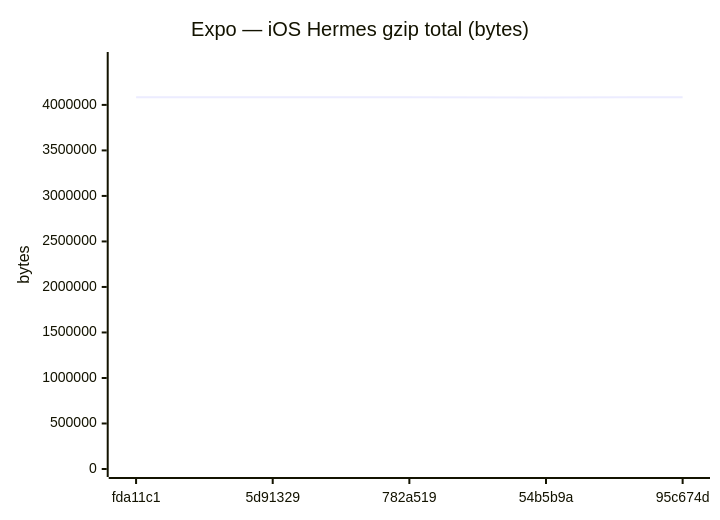
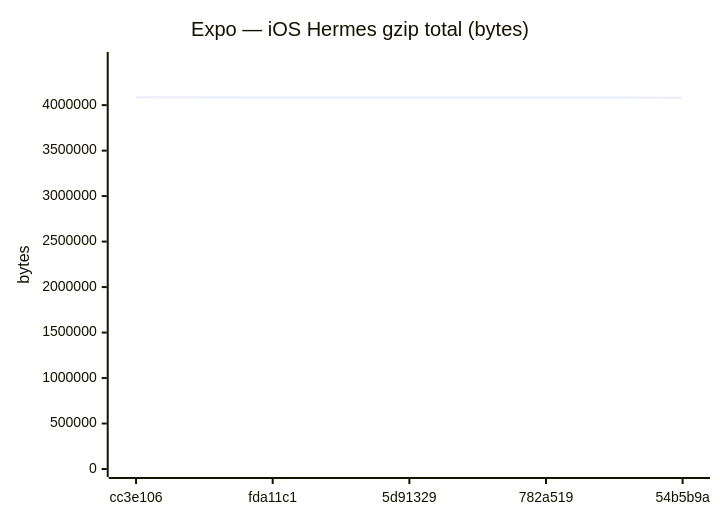
One commit to Metaheurist/Rianell changed diagram 12 of 18 in benchmarks/compare.md. Above: the diagram before and after it, drawn with Mermaid. The commit also changed other lines of this file and 11 other files, not shown here.

````diff
--- a/benchmarks/compare.md
+++ b/benchmarks/compare.md
@@ -179,7 +179,7 @@
 ```mermaid
 xychart-beta
     title "Expo — iOS Hermes gzip total (bytes)"
-    x-axis ["fda11c1", "5d91329", "782a519", "54b5b9a", "95c674d"]
-    y-axis "bytes" 0 --> 4493294
-    line [4084812, 4084805, 4084677, 4082348, 4083105]
+    x-axis ["cc3e106", "fda11c1", "5d91329", "782a519", "54b5b9a"]
+    y-axis "bytes" 0 --> 4496154
+    line [4087412, 4084812, 4084805, 4084677, 4082348]
 ```
````
